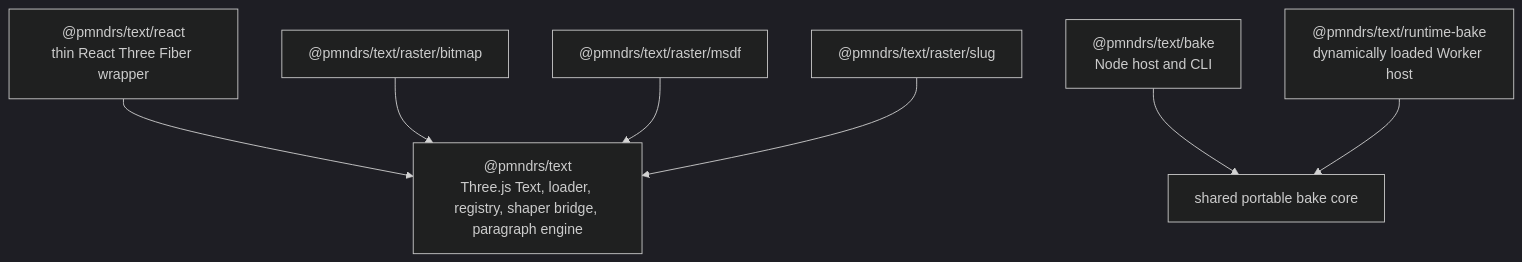
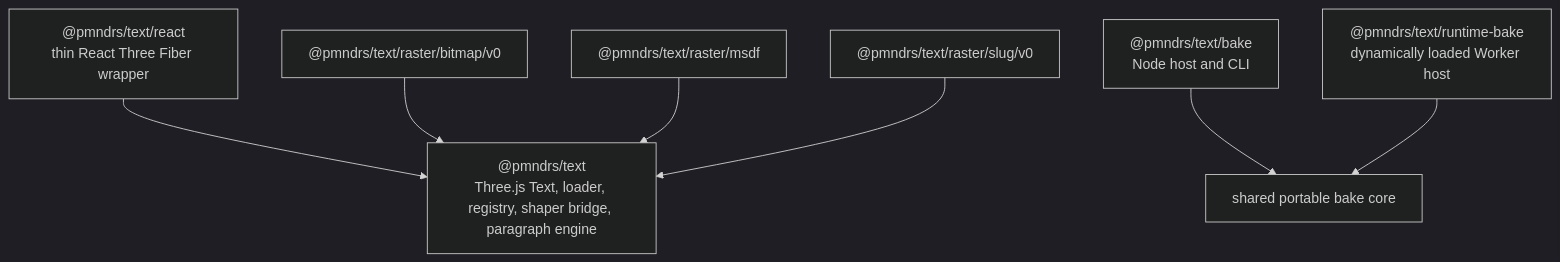
The diagram in docs/planning/api-shapes.md (alvarosabu/glyph), drawn with Mermaid (dark theme) before and after one commit. The commit also changed other lines of this file and 211 other files, not shown here.

````diff
--- a/docs/planning/api-shapes.md
+++ b/docs/planning/api-shapes.md
@@ -99,10 +99,10 @@
 ```mermaid
 flowchart TD
   Core["@pmndrs/text<br/>Three.js Text, loader, registry, shaper bridge, paragraph engine"]
   React["@pmndrs/text/react<br/>thin React Three Fiber wrapper"] --> Core
   Bake["@pmndrs/text/bake<br/>Node host and CLI"] --> BakeCore["shared portable bake core"]
   Runtime["@pmndrs/text/runtime-bake<br/>dynamically loaded Worker host"] --> BakeCore
-  Bitmap["@pmndrs/text/raster/bitmap"] --> Core
+  Bitmap["@pmndrs/text/raster/bitmap/v0"] --> Core
   Msdf["@pmndrs/text/raster/msdf"] --> Core
-  Slug["@pmndrs/text/raster/slug"] --> Core
+  Slug["@pmndrs/text/raster/slug/v0"] --> Core
 ```
````
